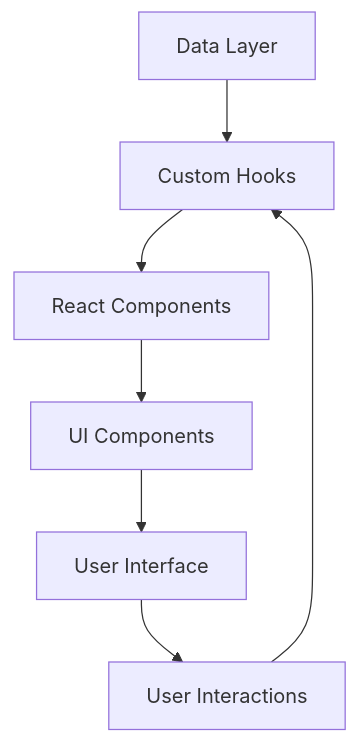
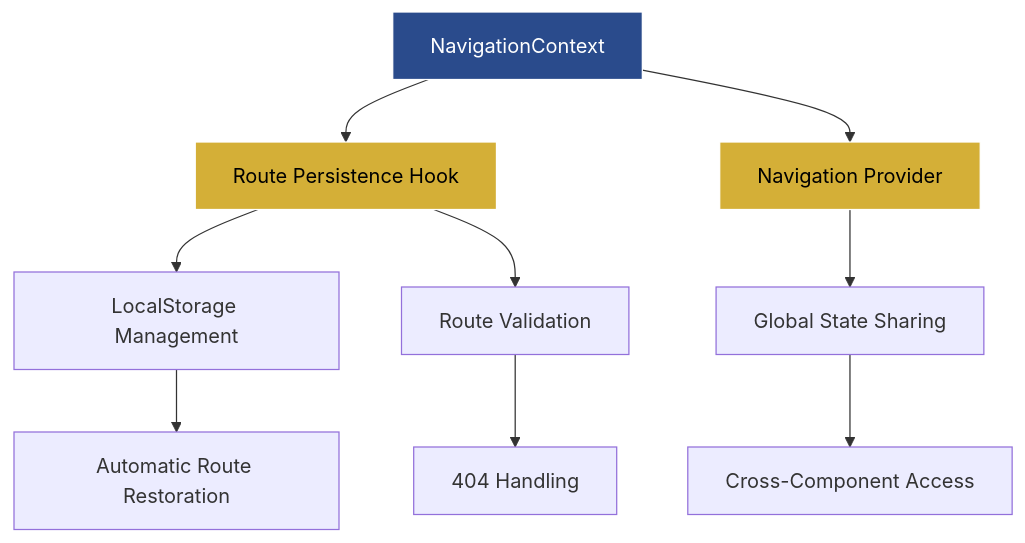
The fourth of 4 diagrams in README.md (walkerWesker/cuenca-asociados-portal), drawn with Mermaid before and after one commit. The commit also changed other lines of this file, not shown here.

First line of the commit message:
Refactor: Add route persistence to README.md

````diff
--- a/README.md
+++ b/README.md
@@ -133,9 +228,15 @@
 ```mermaid
 graph TD
-    A[Data Layer] --> B[Custom Hooks]
-    B --> C[React Components]
-    C --> D[UI Components]
-    D --> E[User Interface]
-    E --> F[User Interactions]
-    F --> B
+    A[NavigationContext] --> B[Route Persistence Hook]
+    A --> C[Navigation Provider]
+    B --> D[LocalStorage Management]
+    B --> E[Route Validation]
+    C --> F[Global State Sharing]
+    D --> G[Automatic Route Restoration]
+    E --> H[404 Handling]
+    F --> I[Cross-Component Access]
+    
+    style A fill:#2A4B8C,stroke:#fff,color:#fff
+    style B fill:#D4AF37,stroke:#fff,color:#000
+    style C fill:#D4AF37,stroke:#fff,color:#000
 ```
````
